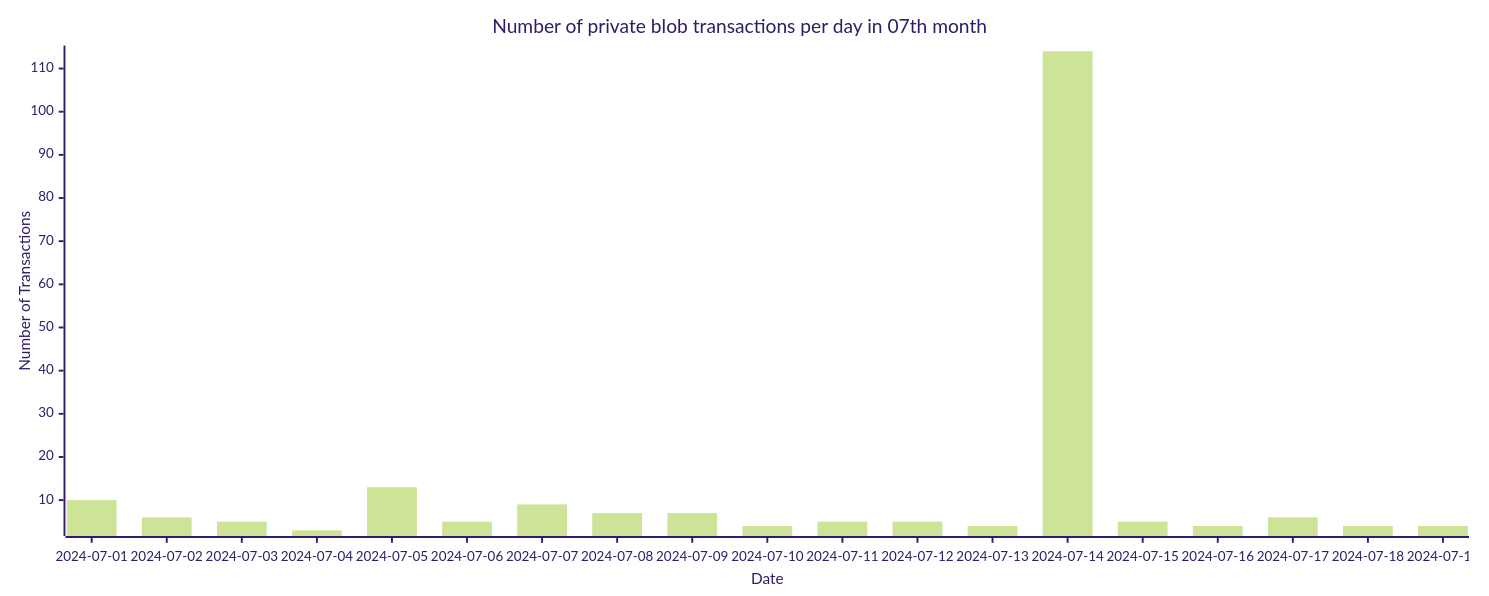
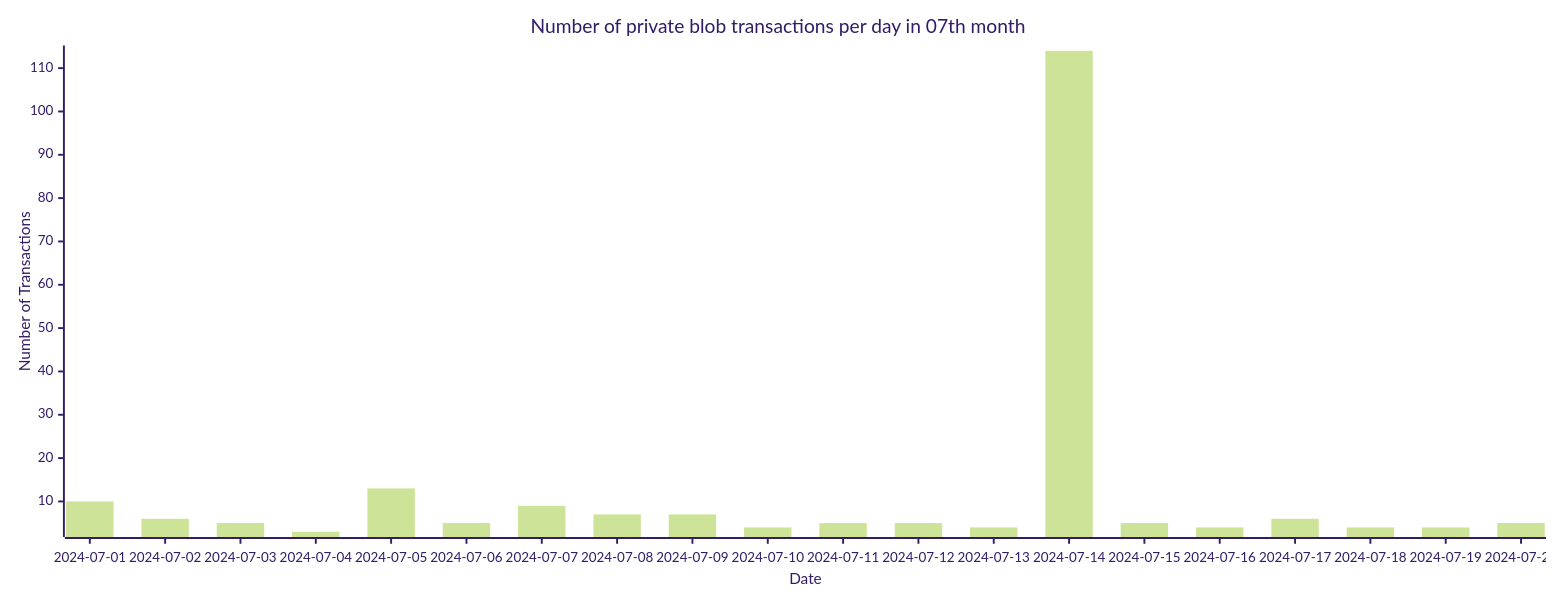
Before and after one commit to Amit0617/eip4844-data: the fifth of 5 diagrams in README.md, drawn with Mermaid (forest theme). The commit also changed 1 other file, not shown here.

````diff
--- a/README.md
+++ b/README.md
@@ -53,12 +53,12 @@
 ```mermaid
 ---
 config:
     xyChart:
-        width: 1520
+        width: 1600
         height: 600
 ---
 xychart-beta title "Number of private blob transactions per day in 07th month"
-x-axis "Date" [2024-07-01,2024-07-02,2024-07-03,2024-07-04,2024-07-05,2024-07-06,2024-07-07,2024-07-08,2024-07-09,2024-07-10,2024-07-11,2024-07-12,2024-07-13,2024-07-14,2024-07-15,2024-07-16,2024-07-17,2024-07-18,2024-07-19]
+x-axis "Date" [2024-07-01,2024-07-02,2024-07-03,2024-07-04,2024-07-05,2024-07-06,2024-07-07,2024-07-08,2024-07-09,2024-07-10,2024-07-11,2024-07-12,2024-07-13,2024-07-14,2024-07-15,2024-07-16,2024-07-17,2024-07-18,2024-07-19,2024-07-20]
 y-axis "Number of Transactions"
-bar[10,6,5,3,13,5,9,7,7,4,5,5,4,114,5,4,6,4,4]
+bar[10,6,5,3,13,5,9,7,7,4,5,5,4,114,5,4,6,4,4,5]
 ```
````
